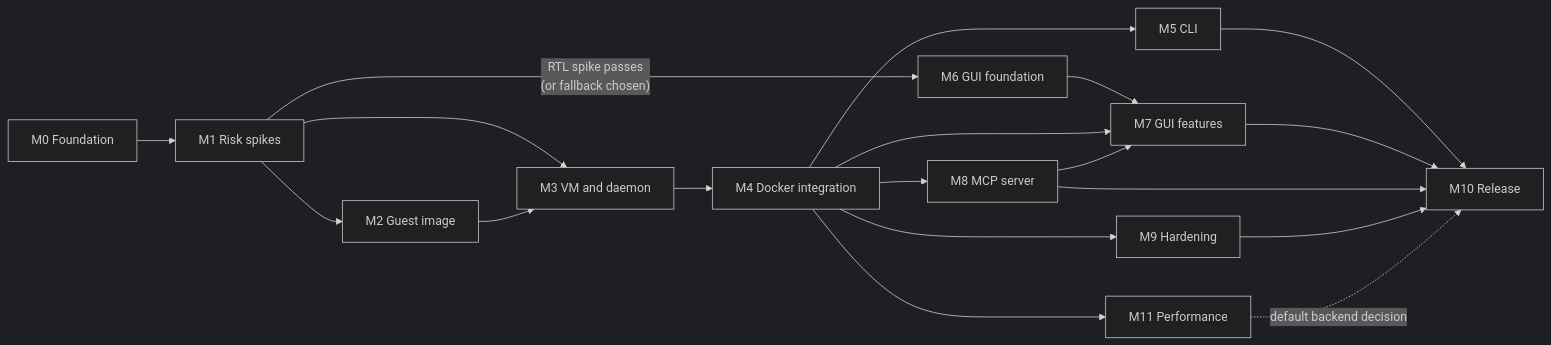
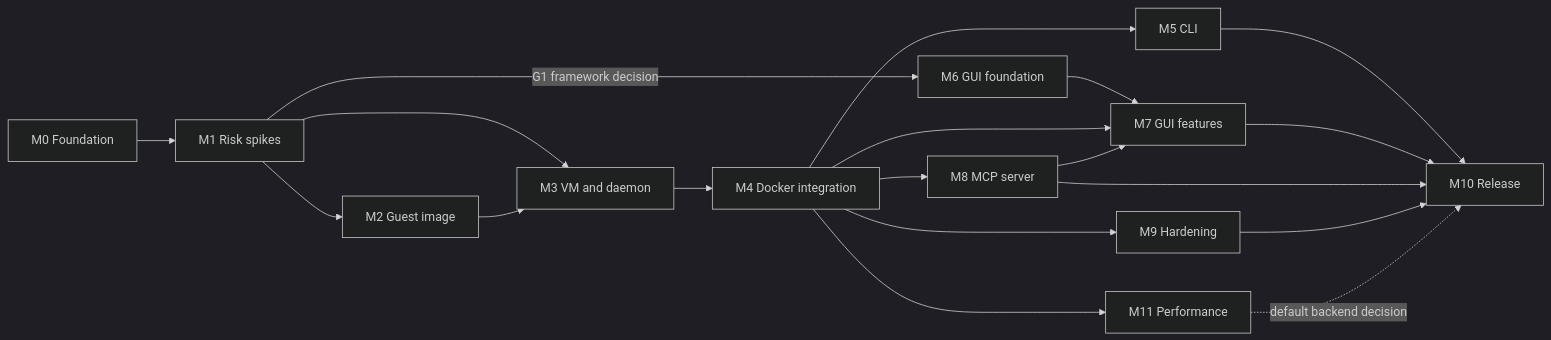
One commit to nasraldin/marsa changed the first of 2 diagrams in docs/plan/README.md. Above: the diagram before and after it, drawn with Mermaid (dark theme). The commit also changed other lines of this file and 7 other files, not shown here.

````diff
--- a/docs/plan/README.md
+++ b/docs/plan/README.md
@@ -24,21 +24,21 @@
 ```mermaid
 flowchart LR
     M0["M0 Foundation"] --> M1["M1 Risk spikes"]
     M1 --> M2["M2 Guest image"]
     M1 --> M3["M3 VM and daemon"]
-    M1 -->|"RTL spike passes<br/>(or fallback chosen)"| M6["M6 GUI foundation"]
+    M1 -->|"G1 framework decision"| M6["M6 GUI foundation"]
     M2 --> M3
     M3 --> M4["M4 Docker integration"]
     M4 --> M5["M5 CLI"]
     M4 --> M8["M8 MCP server"]
     M4 --> M9["M9 Hardening"]
     M4 --> M11["M11 Performance"]
     M6 --> M7["M7 GUI features"]
     M4 --> M7
     M8 --> M7
     M5 --> M10["M10 Release"]
     M7 --> M10
     M8 --> M10
     M9 --> M10
     M11 -.->|"default backend decision"| M10
 ```
````
